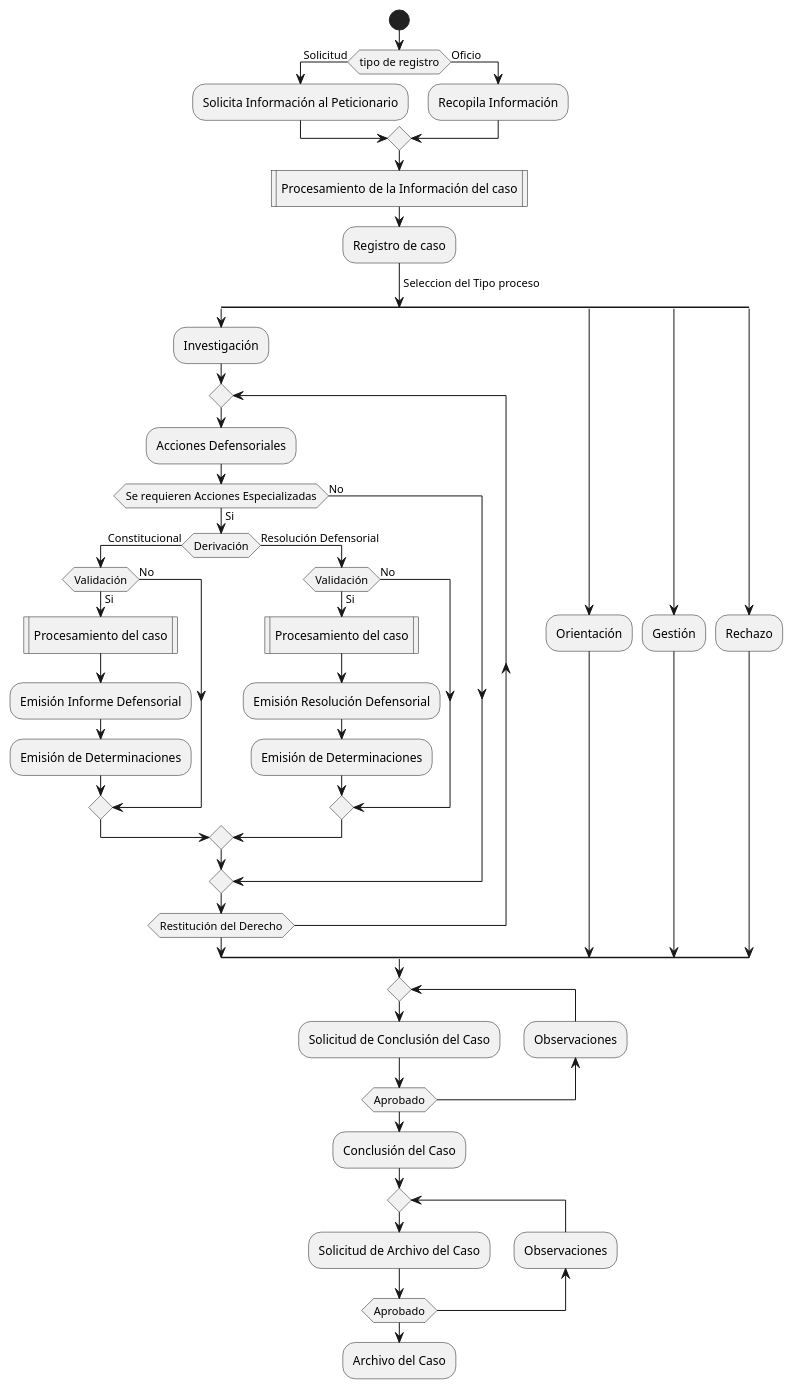
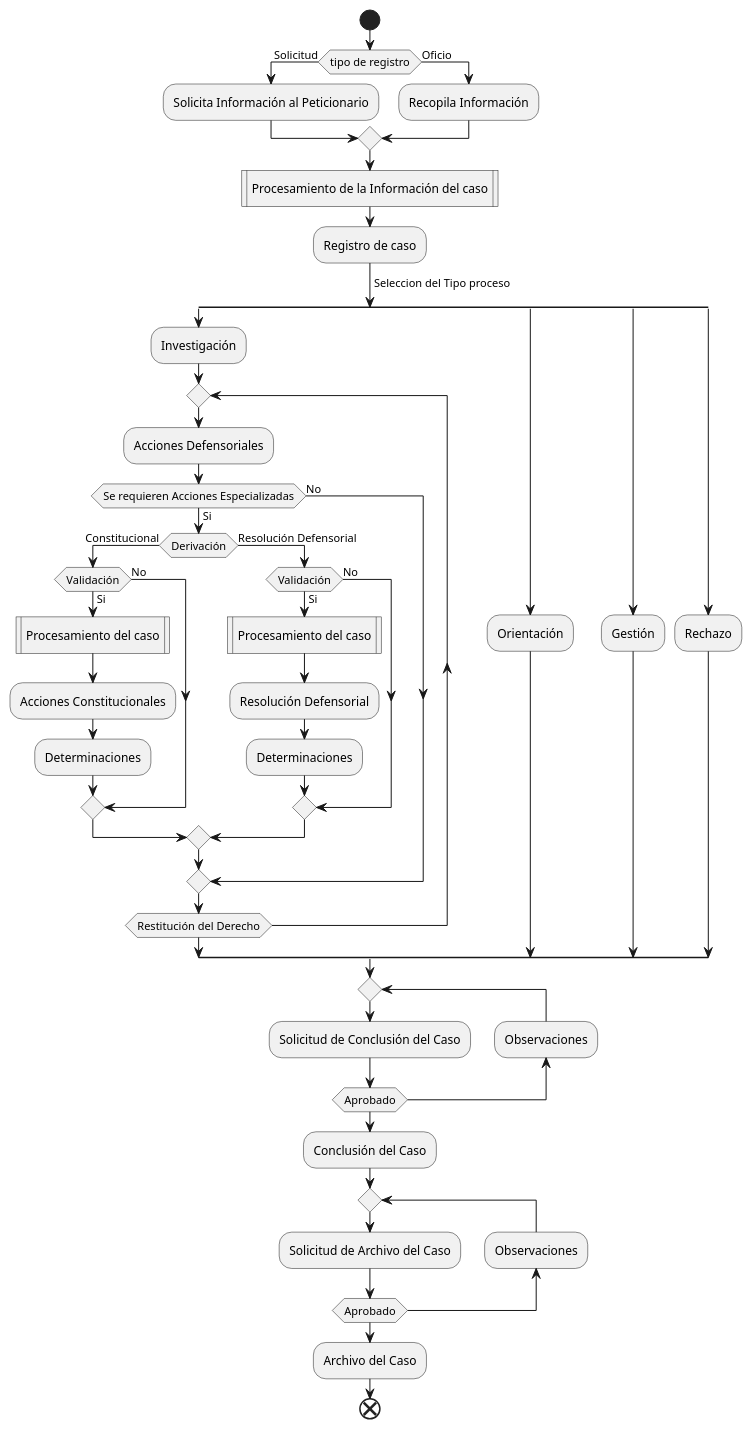
The diagram in flujo del sistema.plantuml (n1m0d0/defdiag), drawn with PlantUML before and after one commit. The commit also changed 1 other file, not shown here.

```diff
--- a/flujo del sistema.plantuml
+++ b/flujo del sistema.plantuml
@@ -1,51 +1,52 @@
 @startuml flujo del sistema
 start
 if (tipo de registro) then(Solicitud)
   :Solicita Información al Peticionario;
 else (Oficio)
   :Recopila Información;
 endif
 :Procesamiento de la Información del caso|
 :Registro de caso;
 -> Seleccion del Tipo proceso;
 split
   :Investigación;
   repeat
   :Acciones Defensoriales;
   if (Se requieren Acciones Especializadas) then (Si)
     if(Derivación) then (Constitucional)
       if(Validación) then (Si)
         :Procesamiento del caso|
-        :Emisión Informe Defensorial;
-        :Emisión de Determinaciones;
+        :Acciones Constitucionales;
+        :Determinaciones;
       else (No)
       endif
     else (Resolución Defensorial)
       if(Validación) then (Si)
         :Procesamiento del caso|
-        :Emisión Resolución Defensorial;
-        :Emisión de Determinaciones;
+        :Resolución Defensorial;
+        :Determinaciones;
       else (No)
       endif
     endif
   else (No)
   endif
 repeat while (Restitución del Derecho)
 split again
   :Orientación;
 split again
   :Gestión;
 split again
   :Rechazo;
 end split
 repeat
   :Solicitud de Conclusión del Caso;
   backward:Observaciones;
 repeat while (Aprobado)
 :Conclusión del Caso;
 repeat
   :Solicitud de Archivo del Caso;
   backward:Observaciones;
 repeat while (Aprobado)
 :Archivo del Caso;
+end
 @enduml
```
